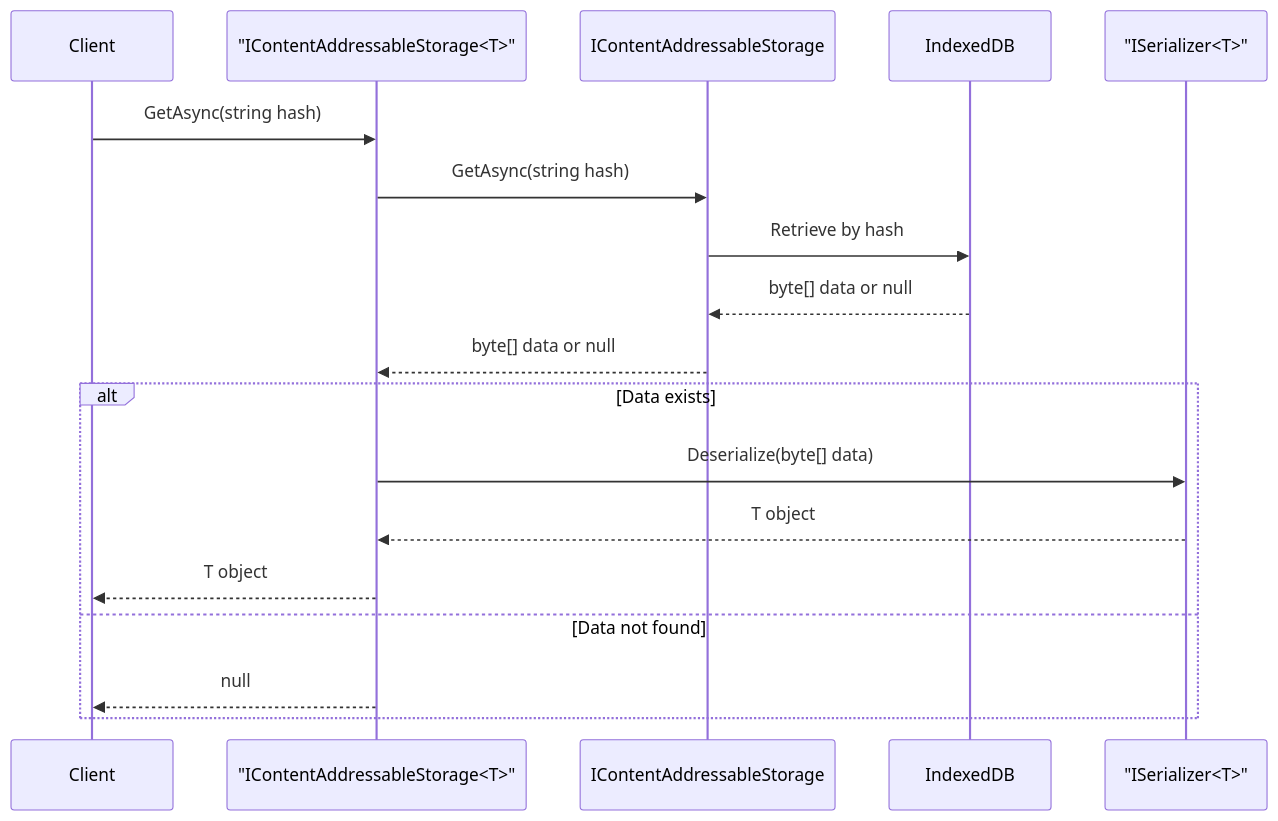
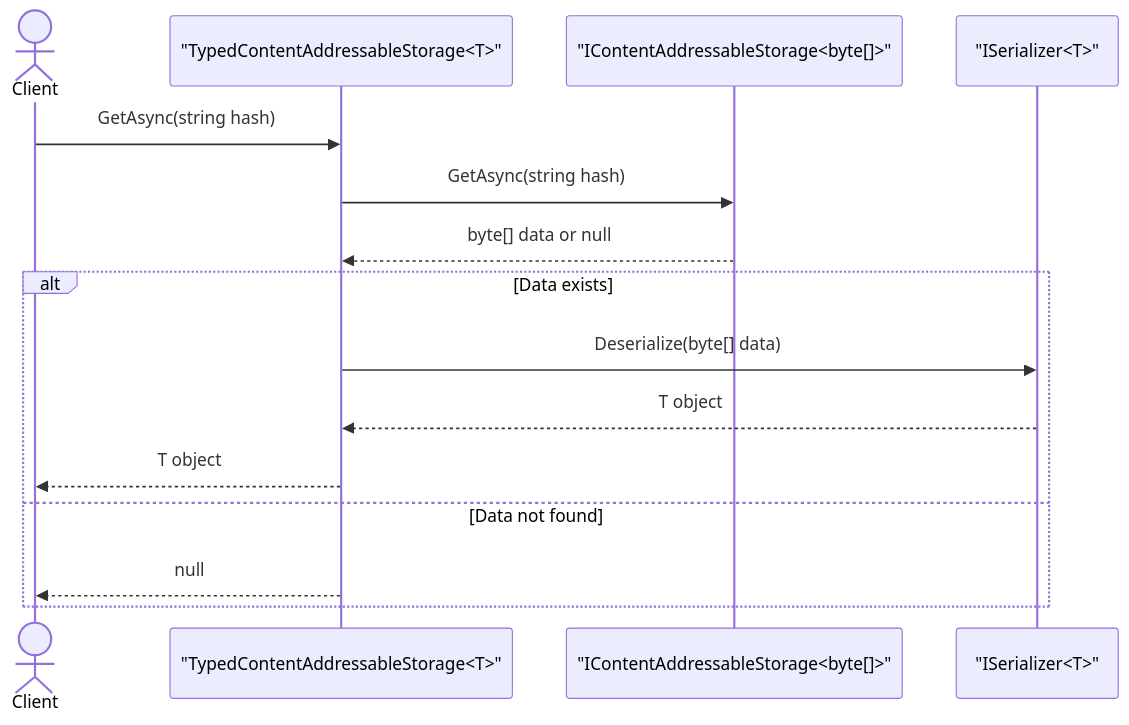
Before and after one commit to o2alexanderfedin/Nolock.social.frontends: the third of 9 diagrams in docs/architecture/storage/typed-cas-design.md, drawn with Mermaid. The commit also changed other lines of this file and 10 other files, not shown here.

First line of the commit message:
feat: implement typed content-addressable storage with serialization

````diff
--- a/docs/architecture/storage/typed-cas-design.md
+++ b/docs/architecture/storage/typed-cas-design.md
@@ -177,21 +220,18 @@
 ```mermaid
 sequenceDiagram
-    participant Client
-    participant TypedCAS as "IContentAddressableStorage<T>"
-    participant ByteCAS as IContentAddressableStorage
-    participant Storage as IndexedDB
+    actor Client
+    participant TypedCAS as "TypedContentAddressableStorage<T>"
+    participant ByteCAS as "IContentAddressableStorage<byte[]>"
     participant Serializer as "ISerializer<T>"
     
     Client->>TypedCAS: GetAsync(string hash)
     TypedCAS->>ByteCAS: GetAsync(string hash)
-    ByteCAS->>Storage: Retrieve by hash
-    Storage-->>ByteCAS: byte[] data or null
     ByteCAS-->>TypedCAS: byte[] data or null
     alt Data exists
         TypedCAS->>Serializer: Deserialize(byte[] data)
         Serializer-->>TypedCAS: T object
         TypedCAS-->>Client: T object
     else Data not found
         TypedCAS-->>Client: null
     end
 ```
````
